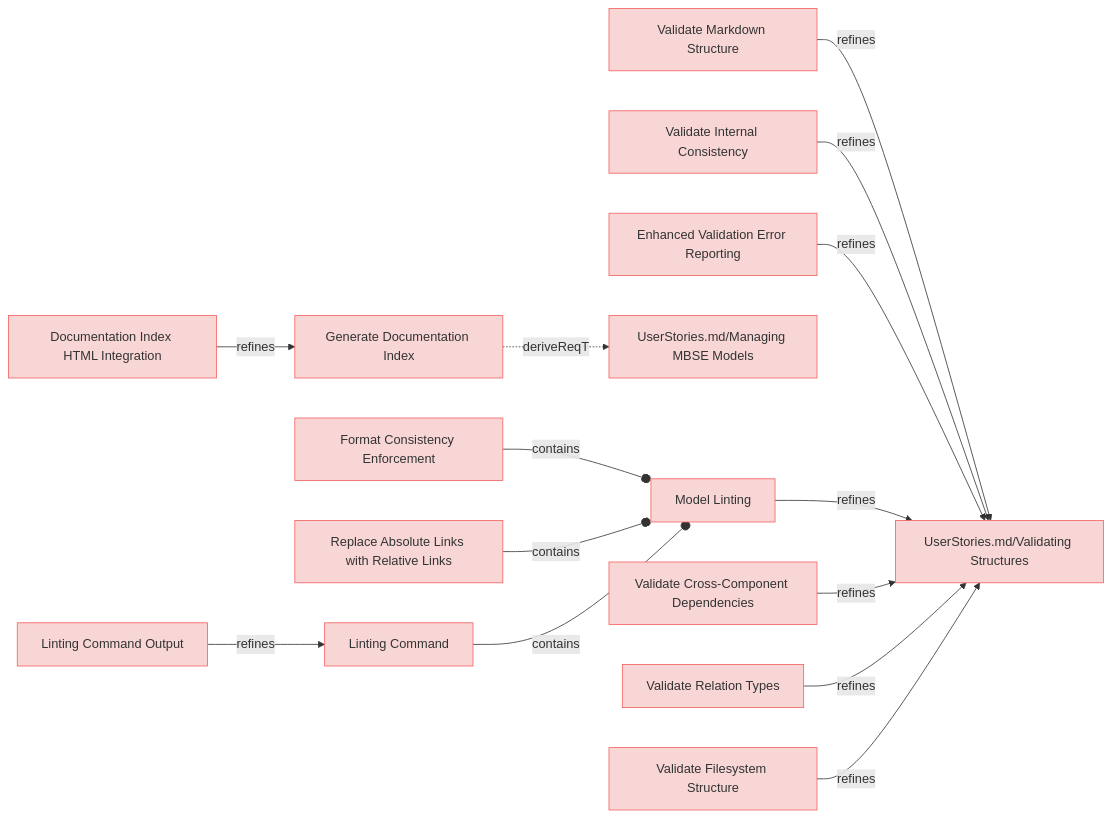
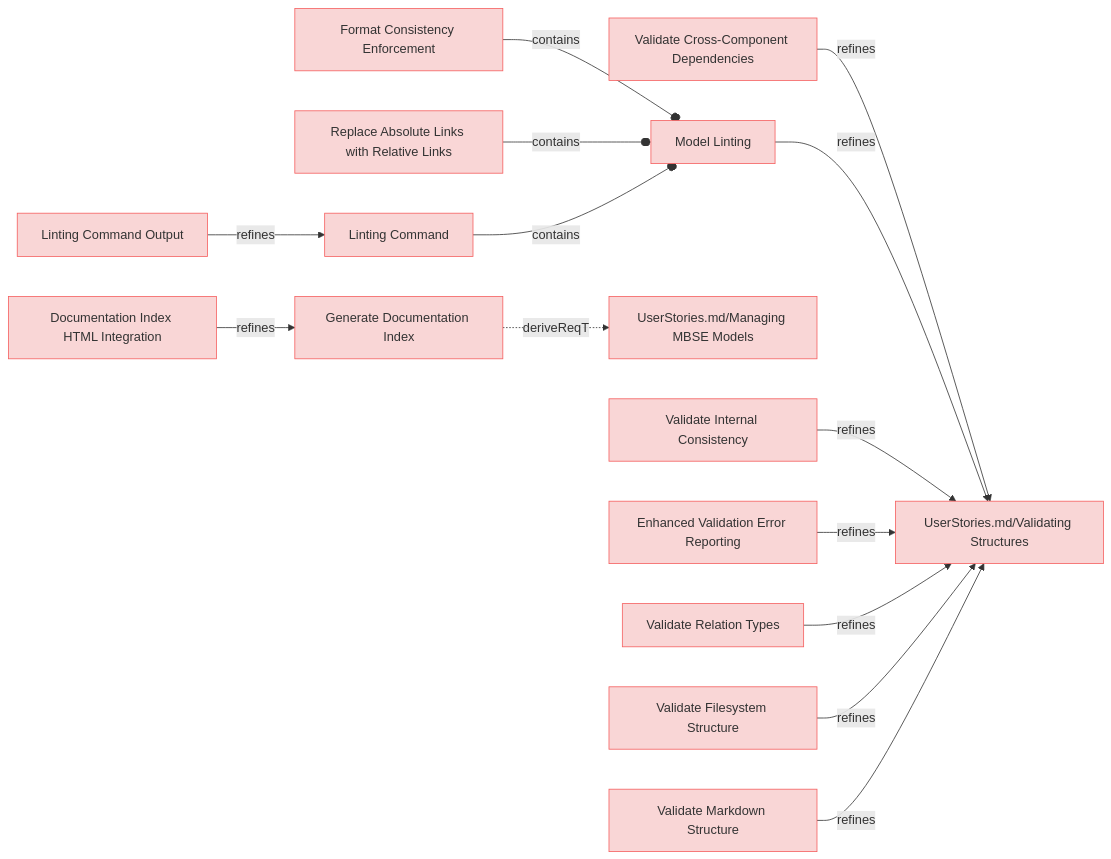
The third of 8 diagrams in specifications/UserRequirements.md (reqvire-org/reqvire), drawn with Mermaid before and after one commit. The commit also changed other lines of this file and 44 other files, not shown here.

Commit message:
Diagrams bug fixes. Test improvements.

````diff
--- a/specifications/UserRequirements.md
+++ b/specifications/UserRequirements.md
@@ -87,67 +87,67 @@
 ```mermaid
 graph LR;
   %% Graph styling
   classDef requirement fill:#f9d6d6,stroke:#f55f5f,stroke-width:1px;
   classDef verification fill:#d6f9d6,stroke:#5fd75f,stroke-width:1px;
   classDef externalLink fill:#d0e0ff,stroke:#3080ff,stroke-width:1px;
   classDef default fill:#f5f5f5,stroke:#333333,stroke-width:1px;
 
-  586b073cd97908da["Validate Markdown Structure"];
-  click 586b073cd97908da "specifications/UserRequirements.md#validate-markdown-structure#validate-markdown-structure";
-  class 586b073cd97908da requirement;
+  3bd9d29239564eeb["Validate Cross-Component Dependencies"];
+  class 3bd9d29239564eeb requirement;
+  click 3bd9d29239564eeb "UserRequirements.md#validate-cross-component-dependencies";
   113748a94885138d["UserStories.md/Validating Structures"];
   class 113748a94885138d requirement;
-  click 113748a94885138d "specifications/UserStories.md#validating-structures#validating-structures";
-  586b073cd97908da -->|refines| 113748a94885138d;
-  974ccf933675ef44["Format Consistency Enforcement"];
-  click 974ccf933675ef44 "specifications/UserRequirements.md#format-consistency-enforcement#format-consistency-enforcement";
-  class 974ccf933675ef44 requirement;
+  click 113748a94885138d "UserStories.md#validating-structures";
+  3bd9d29239564eeb -->|refines| 113748a94885138d;
   7305c1d6f7f1e2b2["Model Linting"];
   class 7305c1d6f7f1e2b2 requirement;
-  click 7305c1d6f7f1e2b2 "specifications/UserRequirements.md#model-linting#model-linting";
+  click 7305c1d6f7f1e2b2 "UserRequirements.md#model-linting";
+  7305c1d6f7f1e2b2 -->|refines| 113748a94885138d;
+  c2b6c74b77726ad9["Generate Documentation Index"];
+  class c2b6c74b77726ad9 requirement;
+  click c2b6c74b77726ad9 "UserRequirements.md#generate-documentation-index";
+  e61b7c1baa89bfc6["UserStories.md/Managing MBSE Models"];
+  class e61b7c1baa89bfc6 requirement;
+  click e61b7c1baa89bfc6 "UserStories.md#managing-mbse-models";
+  c2b6c74b77726ad9 -.->|deriveReqT| e61b7c1baa89bfc6;
+  974ccf933675ef44["Format Consistency Enforcement"];
+  class 974ccf933675ef44 requirement;
+  click 974ccf933675ef44 "UserRequirements.md#format-consistency-enforcement";
   974ccf933675ef44 --o|contains| 7305c1d6f7f1e2b2;
   c50887ce89be280a["Validate Internal Consistency"];
-  click c50887ce89be280a "specifications/UserRequirements.md#validate-internal-consistency#validate-internal-consistency";
   class c50887ce89be280a requirement;
+  click c50887ce89be280a "UserRequirements.md#validate-internal-consistency";
   c50887ce89be280a -->|refines| 113748a94885138d;
+  8dfe33c28555e80a["Replace Absolute Links with Relative Links"];
+  class 8dfe33c28555e80a requirement;
+  click 8dfe33c28555e80a "UserRequirements.md#replace-absolute-links-with-relative-links";
+  8dfe33c28555e80a --o|contains| 7305c1d6f7f1e2b2;
   ec10e748b5e9516e["Linting Command Output"];
-  click ec10e748b5e9516e "specifications/UserRequirements.md#linting-command-output#linting-command-output";
   class ec10e748b5e9516e requirement;
+  click ec10e748b5e9516e "UserRequirements.md#linting-command-output";
   a51179cda67cf9f2["Linting Command"];
   class a51179cda67cf9f2 requirement;
-  click a51179cda67cf9f2 "specifications/UserRequirements.md#linting-command#linting-command";
+  click a51179cda67cf9f2 "UserRequirements.md#linting-command";
   ec10e748b5e9516e -->|refines| a51179cda67cf9f2;
-  8dfe33c28555e80a["Replace Absolute Links with Relative Links"];
-  click 8dfe33c28555e80a "specifications/UserRequirements.md#replace-absolute-links-with-relative-links#replace-absolute-links-with-relative-links";
-  class 8dfe33c28555e80a requirement;
-  8dfe33c28555e80a --o|contains| 7305c1d6f7f1e2b2;
-  c2b6c74b77726ad9["Generate Documentation Index"];
-  click c2b6c74b77726ad9 "specifications/UserRequirements.md#generate-documentation-index#generate-documentation-index";
-  class c2b6c74b77726ad9 requirement;
-  e61b7c1baa89bfc6["UserStories.md/Managing MBSE Models"];
-  class e61b7c1baa89bfc6 requirement;
-  click e61b7c1baa89bfc6 "specifications/UserStories.md#managing-mbse-models#managing-mbse-models";
-  c2b6c74b77726ad9 -.->|deriveReqT| e61b7c1baa89bfc6;
   3b10b8811daaed67["Enhanced Validation Error Reporting"];
-  click 3b10b8811daaed67 "specifications/UserRequirements.md#enhanced-validation-error-reporting#enhanced-validation-error-reporting";
   class 3b10b8811daaed67 requirement;
+  click 3b10b8811daaed67 "UserRequirements.md#enhanced-validation-error-reporting";
   3b10b8811daaed67 -->|refines| 113748a94885138d;
-  7305c1d6f7f1e2b2 -->|refines| 113748a94885138d;
-  a51179cda67cf9f2 --o|contains| 7305c1d6f7f1e2b2;
-  3bd9d29239564eeb["Validate Cross-Component Dependencies"];
-  click 3bd9d29239564eeb "specifications/UserRequirements.md#validate-cross-component-dependencies#validate-cross-component-dependencies";
-  class 3bd9d29239564eeb requirement;
-  3bd9d29239564eeb -->|refines| 113748a94885138d;
-  84b3d0502132adb5["Documentation Index HTML Integration"];
-  click 84b3d0502132adb5 "specifications/UserRequirements.md#documentation-index-html-integration#documentation-index-html-integration";
-  class 84b3d0502132adb5 requirement;
-  84b3d0502132adb5 -->|refines| c2b6c74b77726ad9;
   f25cbfbca6d6d92e["Validate Relation Types"];
-  click f25cbfbca6d6d92e "specifications/UserRequirements.md#validate-relation-types#validate-relation-types";
   class f25cbfbca6d6d92e requirement;
+  click f25cbfbca6d6d92e "UserRequirements.md#validate-relation-types";
   f25cbfbca6d6d92e -->|refines| 113748a94885138d;
   5c482dc763b4133a["Validate Filesystem Structure"];
-  click 5c482dc763b4133a "specifications/UserRequirements.md#validate-filesystem-structure#validate-filesystem-structure";
   class 5c482dc763b4133a requirement;
+  click 5c482dc763b4133a "UserRequirements.md#validate-filesystem-structure";
   5c482dc763b4133a -->|refines| 113748a94885138d;
+  586b073cd97908da["Validate Markdown Structure"];
+  class 586b073cd97908da requirement;
+  click 586b073cd97908da "UserRequirements.md#validate-markdown-structure";
+  586b073cd97908da -->|refines| 113748a94885138d;
+  84b3d0502132adb5["Documentation Index HTML Integration"];
+  class 84b3d0502132adb5 requirement;
+  click 84b3d0502132adb5 "UserRequirements.md#documentation-index-html-integration";
+  84b3d0502132adb5 -->|refines| c2b6c74b77726ad9;
+  a51179cda67cf9f2 --o|contains| 7305c1d6f7f1e2b2;
 ```
````
